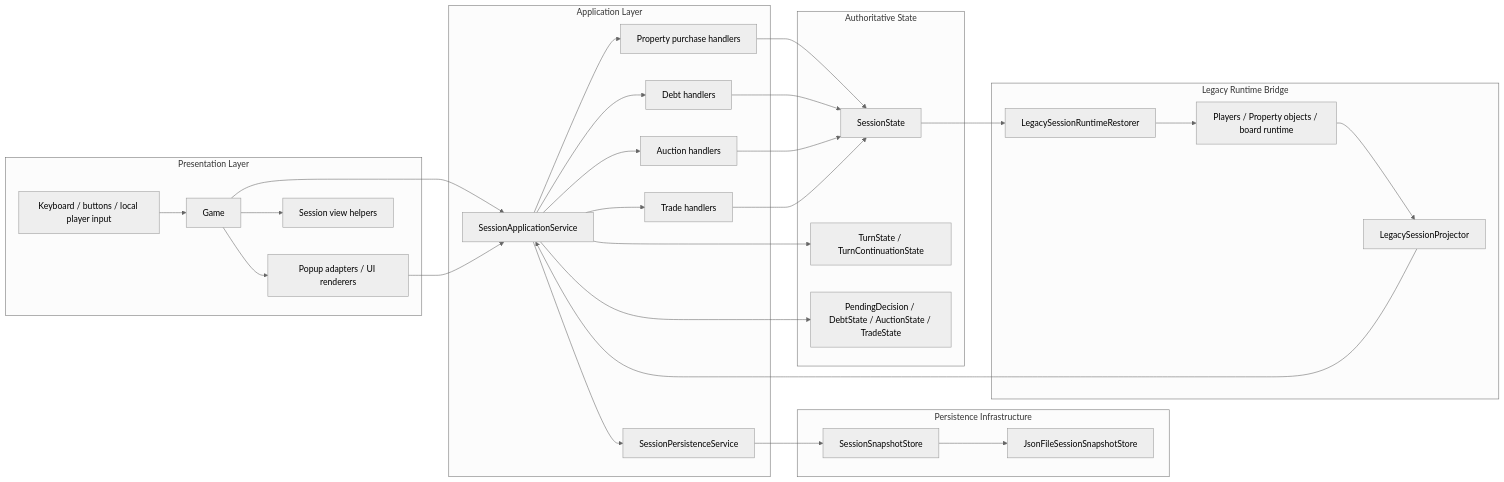
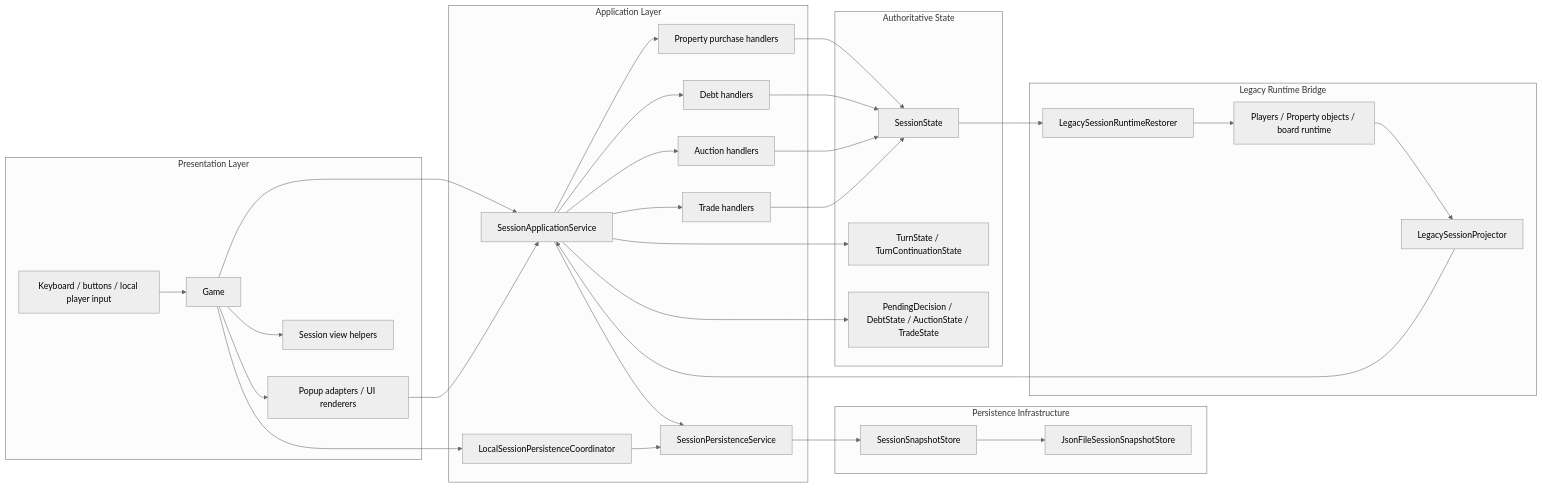
The second of 5 diagrams in docs/architecture-overview-diagrams.md (Jukkakot/MonopolyApp), drawn with Mermaid (neutral theme) before and after one commit. The commit also changed 3 other files, not shown here.

Commit message:
Extract local session persistence coordinator

````diff
--- a/docs/architecture-overview-diagrams.md
+++ b/docs/architecture-overview-diagrams.md
@@ -45,58 +45,61 @@
 ```mermaid
 flowchart LR
     subgraph Presentation[Presentation Layer]
         GAME[Game]
         POPUPS[Popup adapters / UI renderers]
         VIEW[Session view helpers]
         LOCALINPUT[Keyboard / buttons / local player input]
     end
 
     subgraph Application[Application Layer]
         APP[SessionApplicationService]
         PURCHASE[Property purchase handlers]
         DEBT[Debt handlers]
         AUCTION[Auction handlers]
         TRADE[Trade handlers]
         PERSIST[SessionPersistenceService]
+        LOCALPERSIST[LocalSessionPersistenceCoordinator]
     end
 
     subgraph PersistenceInfra[Persistence Infrastructure]
         STORE[SessionSnapshotStore]
         JSON[JsonFileSessionSnapshotStore]
     end
 
     subgraph Domain[Authoritative State]
         SESSION[SessionState]
         TURN[TurnState / TurnContinuationState]
         SUBSYSTEMS[PendingDecision / DebtState / AuctionState / TradeState]
     end
 
     subgraph LegacyBridge[Legacy Runtime Bridge]
         PROJECTOR[LegacySessionProjector]
         RESTORER[LegacySessionRuntimeRestorer]
         LEGACY[Players / Property objects / board runtime]
     end
 
     LOCALINPUT --> GAME
     GAME --> POPUPS
     GAME --> VIEW
     GAME --> APP
+    GAME --> LOCALPERSIST
     POPUPS --> APP
     APP --> PURCHASE
     APP --> DEBT
     APP --> AUCTION
     APP --> TRADE
     APP --> PERSIST
+    LOCALPERSIST --> PERSIST
     PURCHASE --> SESSION
     DEBT --> SESSION
     AUCTION --> SESSION
     TRADE --> SESSION
     APP --> TURN
     APP --> SUBSYSTEMS
     PERSIST --> STORE
     STORE --> JSON
     PROJECTOR --> APP
     RESTORER --> LEGACY
     LEGACY --> PROJECTOR
     SESSION --> RESTORER
 ```
````
